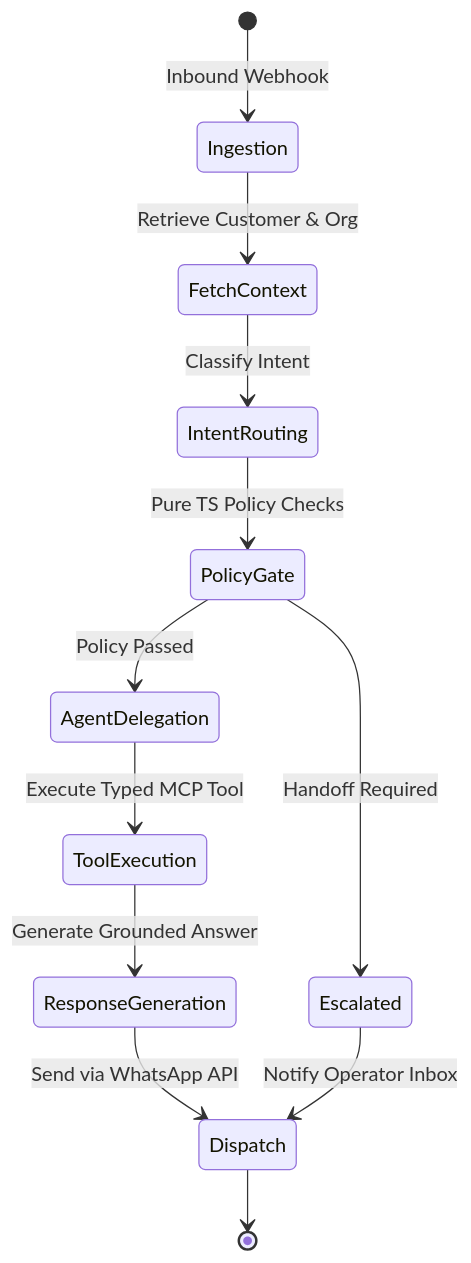
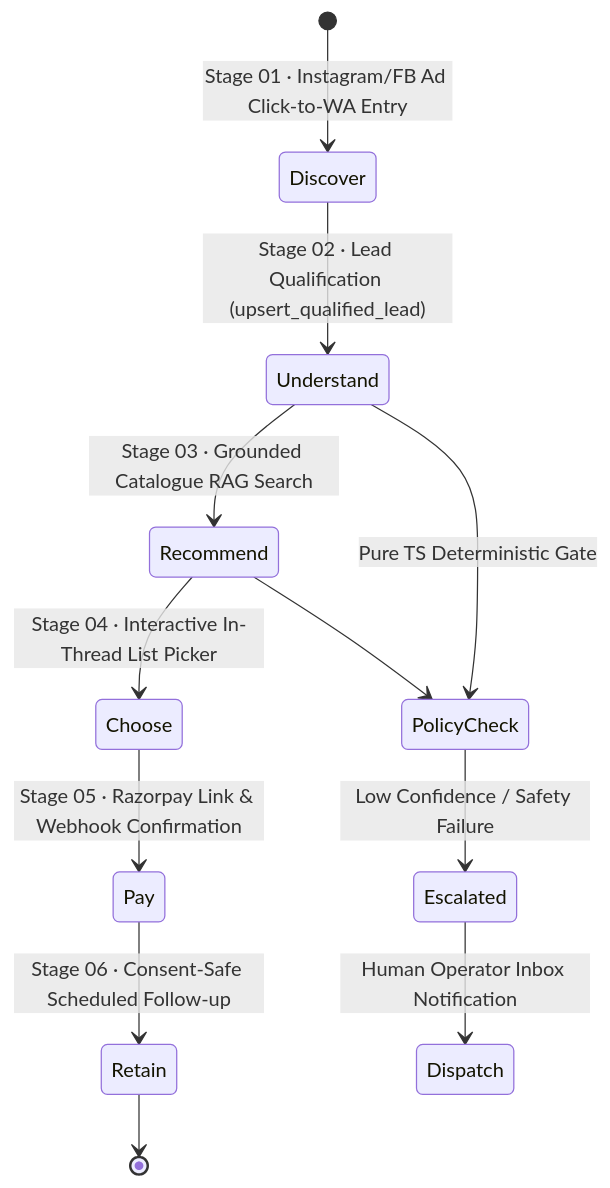
Before and after one commit to AnupamaJain/BusinessOS-AI: the diagram in docs/08-Conversation-Orchestrator.md, drawn with Mermaid. The commit also changed other lines of this file and 13 other files, not shown here.

Commit message:
fix(web): resolve Org: unavailable by adding fallback to fetchOrganization and badge

````diff
--- a/docs/08-Conversation-Orchestrator.md
+++ b/docs/08-Conversation-Orchestrator.md
@@ -5,17 +5,16 @@
 ```mermaid
 stateDiagram-v2
-    [*] --> Ingestion: Inbound Webhook
-    Ingestion --> FetchContext: Retrieve Customer & Org
-    FetchContext --> IntentRouting: Classify Intent
-    IntentRouting --> PolicyGate: Pure TS Policy Checks
+    [*] --> Discover: Stage 01 · Instagram/FB Ad Click-to-WA Entry
+    Discover --> Understand: Stage 02 · Lead Qualification (upsert_qualified_lead)
+    Understand --> Recommend: Stage 03 · Grounded Catalogue RAG Search
+    Recommend --> Choose: Stage 04 · Interactive In-Thread List Picker
+    Choose --> Pay: Stage 05 · Razorpay Link & Webhook Confirmation
+    Pay --> Retain: Stage 06 · Consent-Safe Scheduled Follow-up
     
-    PolicyGate --> Escalated: Handoff Required
-    PolicyGate --> AgentDelegation: Policy Passed
+    Understand --> PolicyCheck: Pure TS Deterministic Gate
+    Recommend --> PolicyCheck
+    PolicyCheck --> Escalated: Low Confidence / Safety Failure
+    Escalated --> Dispatch: Human Operator Inbox Notification
     
-    AgentDelegation --> ToolExecution: Execute Typed MCP Tool
-    ToolExecution --> ResponseGeneration: Generate Grounded Answer
-    ResponseGeneration --> Dispatch: Send via WhatsApp API
-    
-    Escalated --> Dispatch: Notify Operator Inbox
-    Dispatch --> [*]
+    Retain --> [*]
 ```
````
